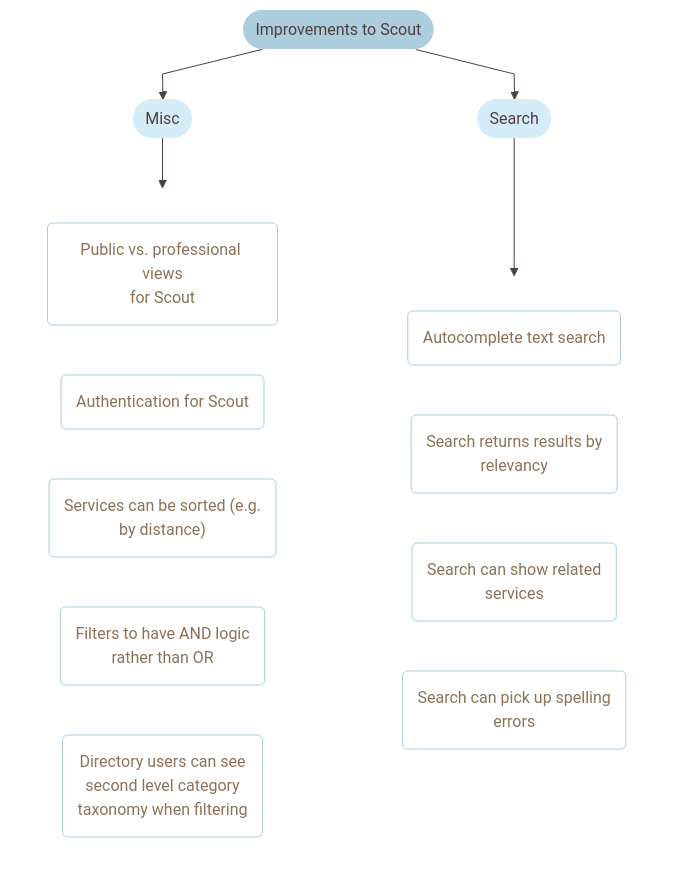
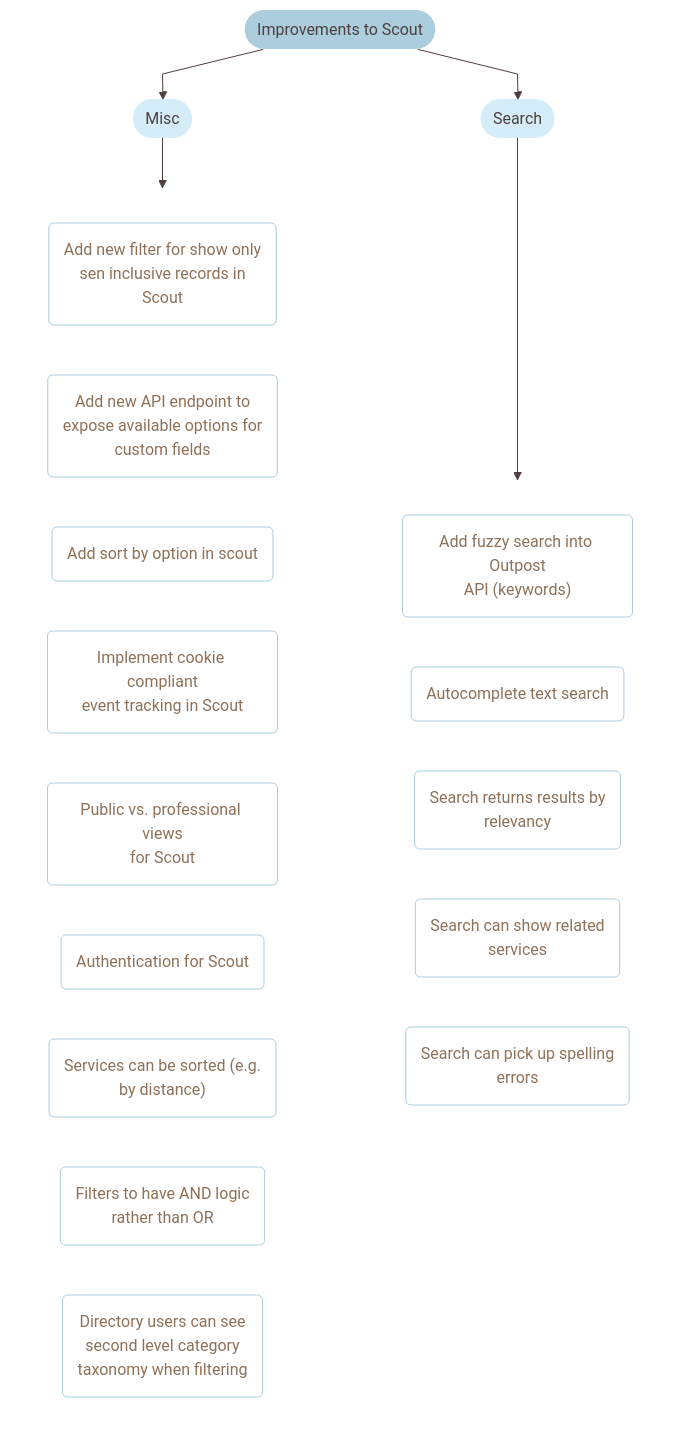
Before and after one commit to wearefuturegov/Outpost-Platform: the third of 6 diagrams in create-roadmap/ROADMAP.md, drawn with Mermaid. The commit also changed other lines of this file and 1 other file, not shown here.

Commit message:
update to the roadmap

```diff
--- a/create-roadmap/ROADMAP.md
+++ b/create-roadmap/ROADMAP.md
@@ -195,29 +199,39 @@
         %% 3.1~ Misc - tasks
 
     subgraph ImproveScoutMiscTasks[ ]
-     ImproveScoutMiscTask0("Public vs. professional views<br />for Scout<br />"):::ImproveScoutTasks
-     click ImproveScoutMiscTask0 href "https://github.com/wearefuturegov/Outpost-Platform/issues/22"
-     ImproveScoutMiscTask1("Authentication for Scout<br />"):::ImproveScoutTasks
-     click ImproveScoutMiscTask1 href "https://github.com/wearefuturegov/Outpost-Platform/issues/21"
-     ImproveScoutMiscTask2("Services can be sorted (e.g.<br />by distance)<br />"):::ImproveScoutTasks
-     click ImproveScoutMiscTask2 href "https://github.com/wearefuturegov/Outpost-Platform/issues/20"
-     ImproveScoutMiscTask3("Filters to have AND logic<br />rather than OR<br />"):::ImproveScoutTasks
-     click ImproveScoutMiscTask3 href "https://github.com/wearefuturegov/Outpost-Platform/issues/19"
-     ImproveScoutMiscTask4("Directory users can see<br />second level category<br />taxonomy when filtering<br />"):::ImproveScoutTasks
-     click ImproveScoutMiscTask4 href "https://github.com/wearefuturegov/Outpost-Platform/issues/18"
+     ImproveScoutMiscTask0("Add new filter for show only<br />sen inclusive records in<br />Scout<br />"):::ImproveScoutTasks
+     click ImproveScoutMiscTask0 href "https://github.com/wearefuturegov/Outpost-Platform/issues/95"
+     ImproveScoutMiscTask1("Add new API endpoint to<br />expose available options for<br />custom fields<br />"):::ImproveScoutTasks
+     click ImproveScoutMiscTask1 href "https://github.com/wearefuturegov/Outpost-Platform/issues/90"
+     ImproveScoutMiscTask2("Add sort by option in scout<br />"):::ImproveScoutTasks
+     click ImproveScoutMiscTask2 href "https://github.com/wearefuturegov/Outpost-Platform/issues/89"
+     ImproveScoutMiscTask3("Implement cookie compliant<br />event tracking in Scout<br />"):::ImproveScoutTasks
+     click ImproveScoutMiscTask3 href "https://github.com/wearefuturegov/Outpost-Platform/issues/87"
+     ImproveScoutMiscTask4("Public vs. professional views<br />for Scout<br />"):::ImproveScoutTasks
+     click ImproveScoutMiscTask4 href "https://github.com/wearefuturegov/Outpost-Platform/issues/22"
+     ImproveScoutMiscTask5("Authentication for Scout<br />"):::ImproveScoutTasks
+     click ImproveScoutMiscTask5 href "https://github.com/wearefuturegov/Outpost-Platform/issues/21"
+     ImproveScoutMiscTask6("Services can be sorted (e.g.<br />by distance)<br />"):::ImproveScoutTasks
+     click ImproveScoutMiscTask6 href "https://github.com/wearefuturegov/Outpost-Platform/issues/20"
+     ImproveScoutMiscTask7("Filters to have AND logic<br />rather than OR<br />"):::ImproveScoutTasks
+     click ImproveScoutMiscTask7 href "https://github.com/wearefuturegov/Outpost-Platform/issues/19"
+     ImproveScoutMiscTask8("Directory users can see<br />second level category<br />taxonomy when filtering<br />"):::ImproveScoutTasks
+     click ImproveScoutMiscTask8 href "https://github.com/wearefuturegov/Outpost-Platform/issues/18"
     end
 
     %% 3.2~ Search - tasks
 
     subgraph ImproveScoutSearchTasks[ ]
-     ImproveScoutSearchTask0("Autocomplete text search<br />"):::ImproveScoutTasks
-     click ImproveScoutSearchTask0 href "https://github.com/wearefuturegov/Outpost-Platform/issues/26"
-     ImproveScoutSearchTask1("Search returns results by<br />relevancy<br />"):::ImproveScoutTasks
-     click ImproveScoutSearchTask1 href "https://github.com/wearefuturegov/Outpost-Platform/issues/25"
-     ImproveScoutSearchTask2("Search can show related<br />services<br />"):::ImproveScoutTasks
-     click ImproveScoutSearchTask2 href "https://github.com/wearefuturegov/Outpost-Platform/issues/24"
-     ImproveScoutSearchTask3("Search can pick up spelling<br />errors<br />"):::ImproveScoutTasks
-     click ImproveScoutSearchTask3 href "https://github.com/wearefuturegov/Outpost-Platform/issues/23"
+     ImproveScoutSearchTask0("Add fuzzy search into Outpost<br />API (keywords)<br />"):::ImproveScoutTasks
+     click ImproveScoutSearchTask0 href "https://github.com/wearefuturegov/Outpost-Platform/issues/88"
+     ImproveScoutSearchTask1("Autocomplete text search<br />"):::ImproveScoutTasks
+     click ImproveScoutSearchTask1 href "https://github.com/wearefuturegov/Outpost-Platform/issues/26"
+     ImproveScoutSearchTask2("Search returns results by<br />relevancy<br />"):::ImproveScoutTasks
+     click ImproveScoutSearchTask2 href "https://github.com/wearefuturegov/Outpost-Platform/issues/25"
+     ImproveScoutSearchTask3("Search can show related<br />services<br />"):::ImproveScoutTasks
+     click ImproveScoutSearchTask3 href "https://github.com/wearefuturegov/Outpost-Platform/issues/24"
+     ImproveScoutSearchTask4("Search can pick up spelling<br />errors<br />"):::ImproveScoutTasks
+     click ImproveScoutSearchTask4 href "https://github.com/wearefuturegov/Outpost-Platform/issues/23"
     end
 
 
```
